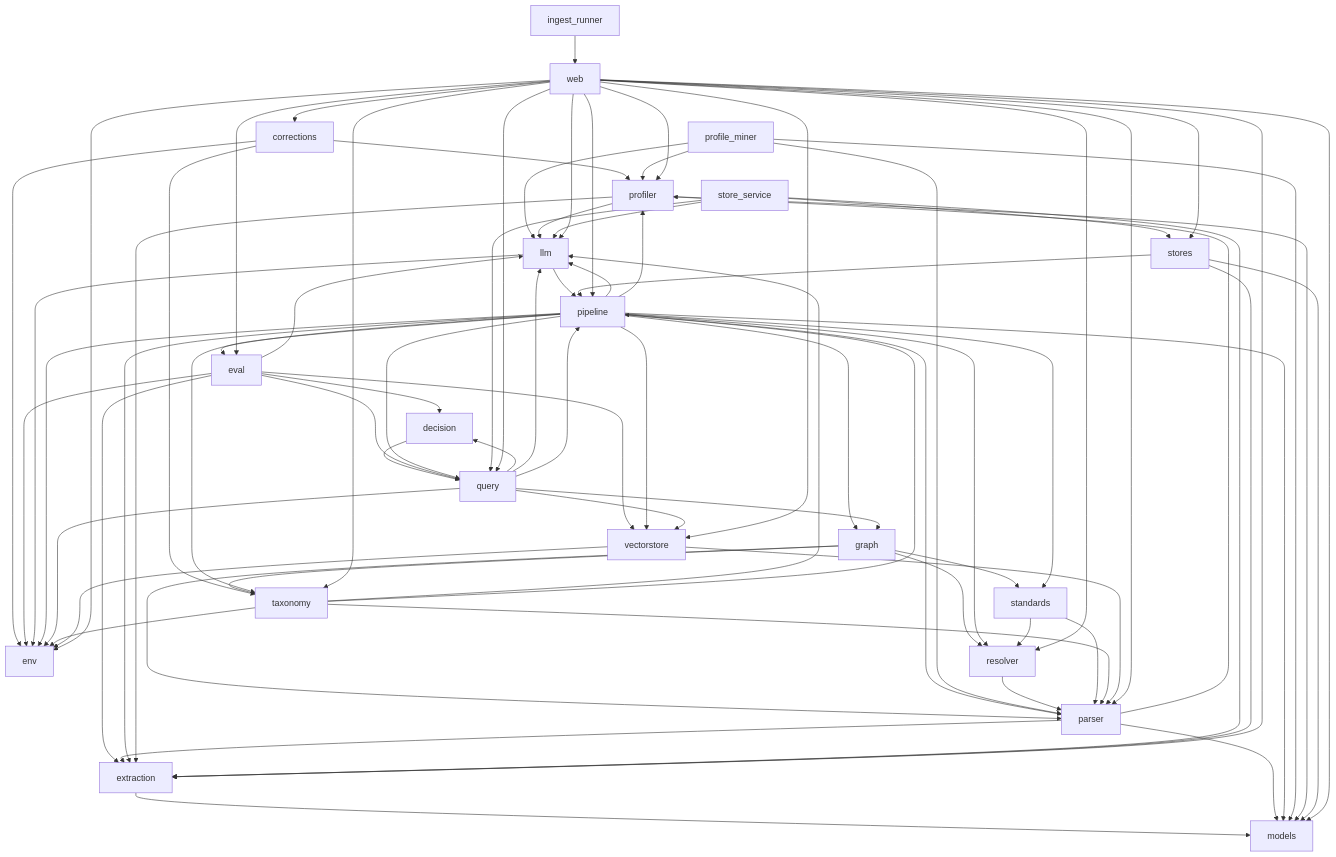
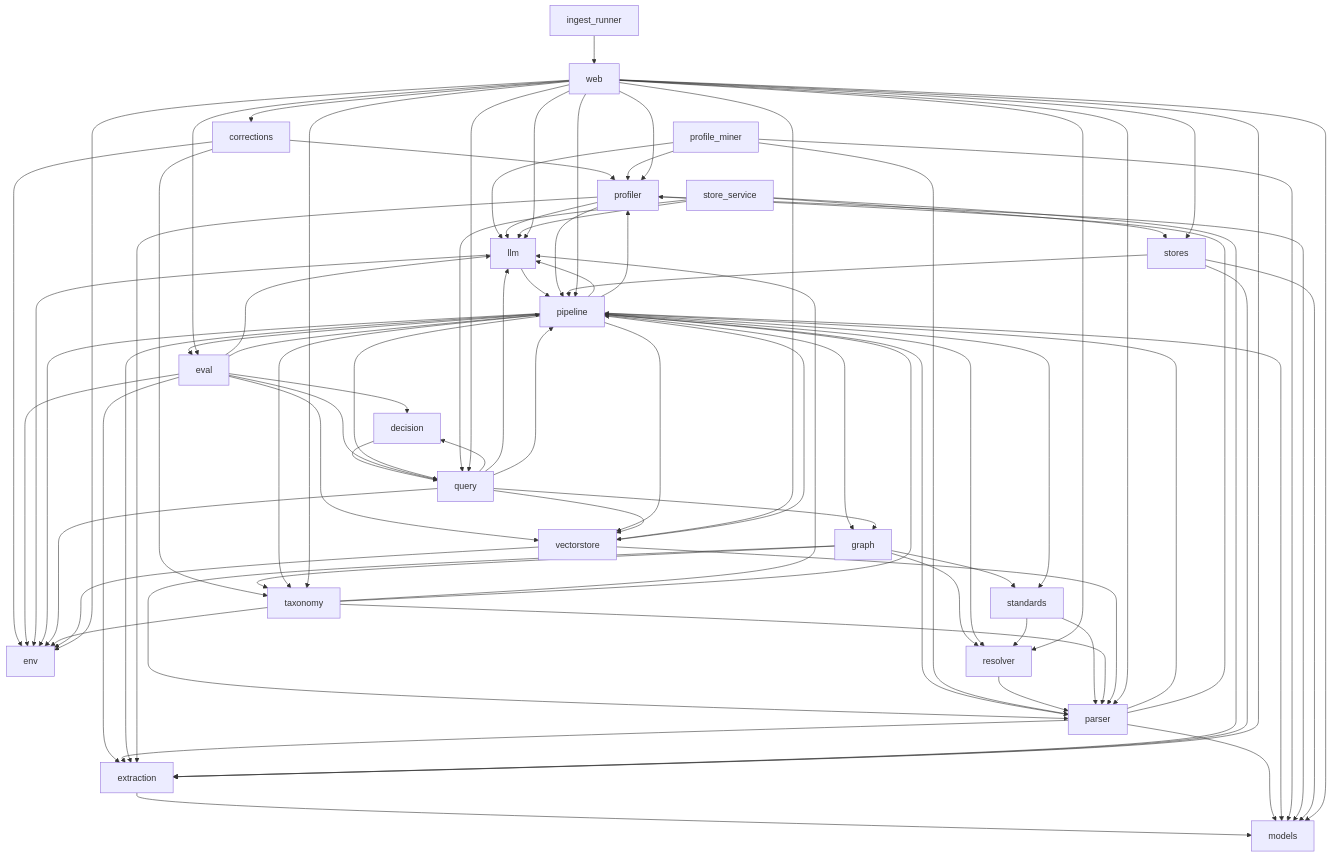
The diagram in docs/compact/MAP.md (kurnoolion/nora), drawn with Mermaid before and after one commit. The commit also changed other lines of this file and 25 other files, not shown here.

```diff
--- a/docs/compact/MAP.md
+++ b/docs/compact/MAP.md
@@ -62,6 +62,7 @@
     m_eval --> m_env
     m_eval --> m_extraction
     m_eval --> m_llm
+    m_eval --> m_pipeline
     m_eval --> m_query
     m_eval --> m_vectorstore
     m_extraction --> m_models
@@ -74,6 +75,7 @@
     m_llm --> m_pipeline
     m_parser --> m_extraction
     m_parser --> m_models
+    m_parser --> m_pipeline
     m_parser --> m_profiler
     m_pipeline --> m_env
     m_pipeline --> m_eval
@@ -95,6 +97,7 @@
     m_profiler --> m_extraction
     m_profiler --> m_llm
     m_profiler --> m_models
+    m_profiler --> m_pipeline
     m_query --> m_decision
     m_query --> m_env
     m_query --> m_graph
@@ -117,6 +120,7 @@
     m_taxonomy --> m_pipeline
     m_vectorstore --> m_env
     m_vectorstore --> m_parser
+    m_vectorstore --> m_pipeline
     m_web --> m_corrections
     m_web --> m_env
     m_web --> m_eval
```
